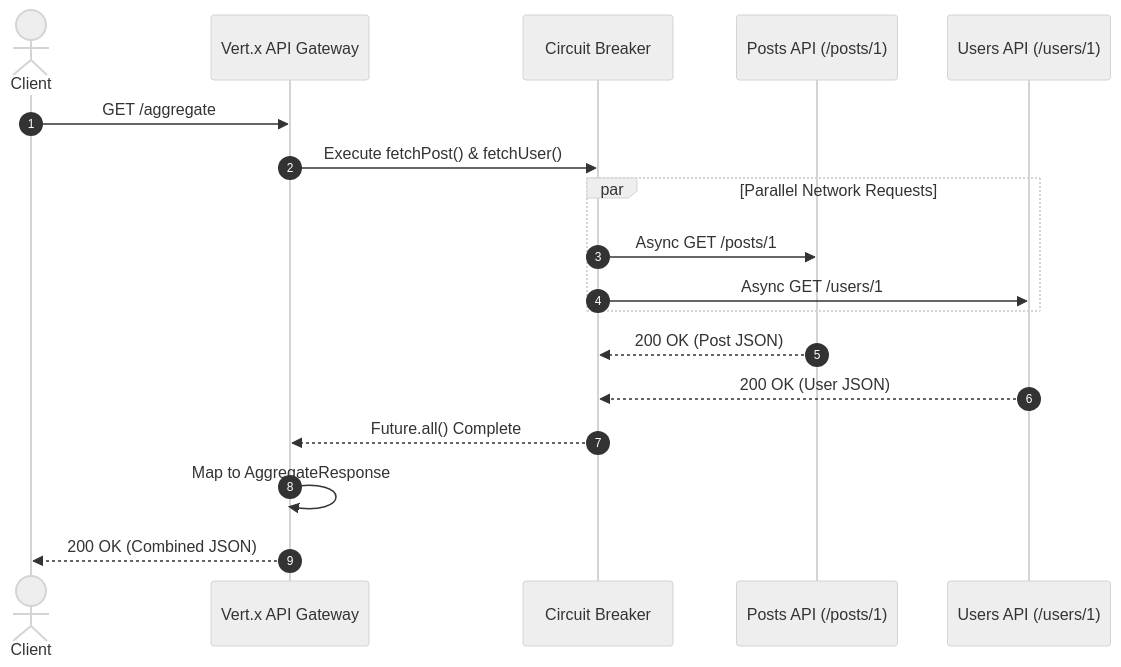
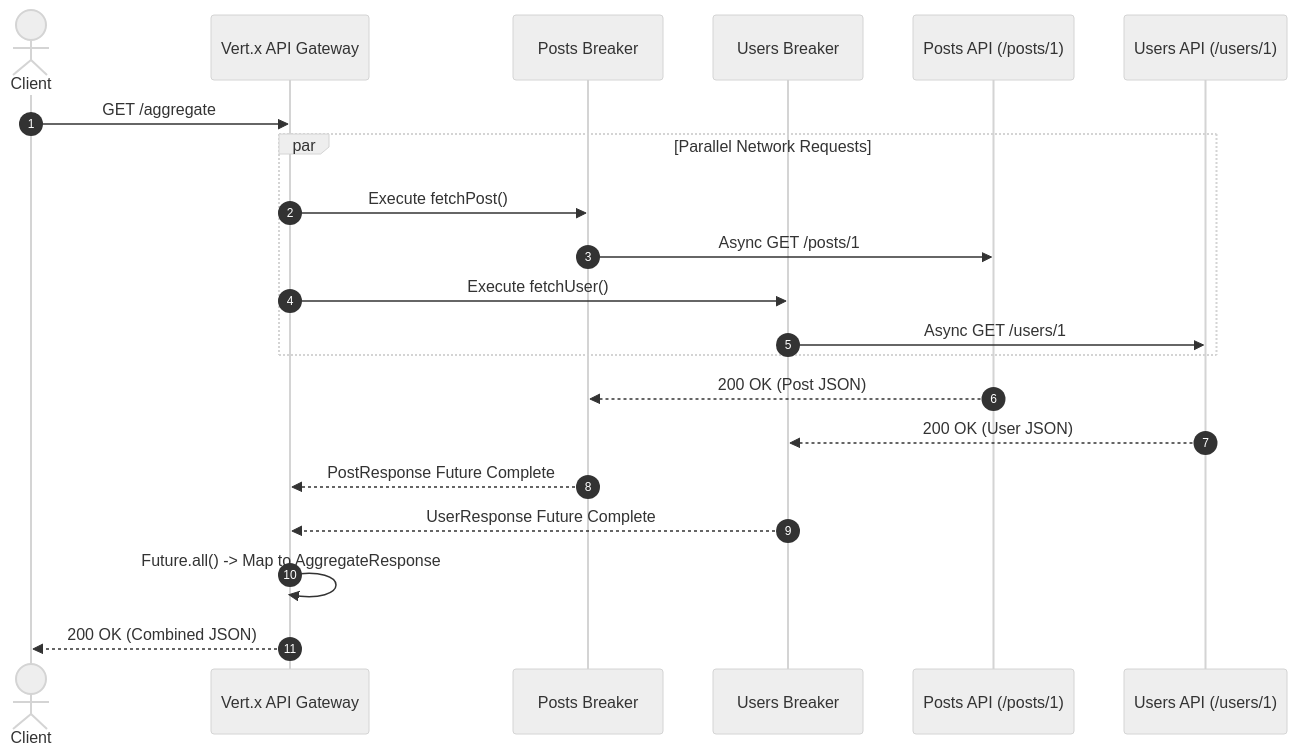
One commit to sidinsearch/miko changed the third of 3 diagrams in docs/ARCHITECTURE.md. Above: the diagram before and after it, drawn with Mermaid (neutral theme). The commit also changed other lines of this file, not shown here.

Commit message:
docs: update ARCHITECTURE.md diagrams and explanations for dual circuit breaker design

````diff
--- a/docs/ARCHITECTURE.md
+++ b/docs/ARCHITECTURE.md
@@ -94,24 +98,27 @@
 ```mermaid
 sequenceDiagram
     autonumber
     actor Client
     participant Gateway as Vert.x API Gateway
-    participant Breaker as Circuit Breaker
+    participant PostBreaker as Posts Breaker
+    participant UserBreaker as Users Breaker
     participant PostAPI as Posts API (/posts/1)
     participant UserAPI as Users API (/users/1)
 
     Client->>Gateway: GET /aggregate
-    Gateway->>Breaker: Execute fetchPost() & fetchUser()
     
     par Parallel Network Requests
-        Breaker->>PostAPI: Async GET /posts/1
-        Breaker->>UserAPI: Async GET /users/1
+        Gateway->>PostBreaker: Execute fetchPost()
+        PostBreaker->>PostAPI: Async GET /posts/1
+        Gateway->>UserBreaker: Execute fetchUser()
+        UserBreaker->>UserAPI: Async GET /users/1
     end
 
-    PostAPI-->>Breaker: 200 OK (Post JSON)
-    UserAPI-->>Breaker: 200 OK (User JSON)
+    PostAPI-->>PostBreaker: 200 OK (Post JSON)
+    UserAPI-->>UserBreaker: 200 OK (User JSON)
     
-    Breaker-->>Gateway: Future.all() Complete
-    Gateway->>Gateway: Map to AggregateResponse
+    PostBreaker-->>Gateway: PostResponse Future Complete
+    UserBreaker-->>Gateway: UserResponse Future Complete
+    Gateway->>Gateway: Future.all() -> Map to AggregateResponse
     Gateway-->>Client: 200 OK (Combined JSON)
 ```
````
